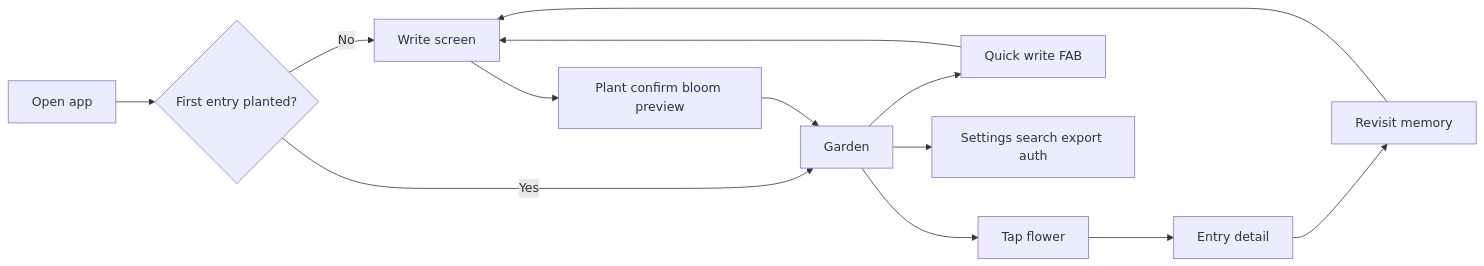
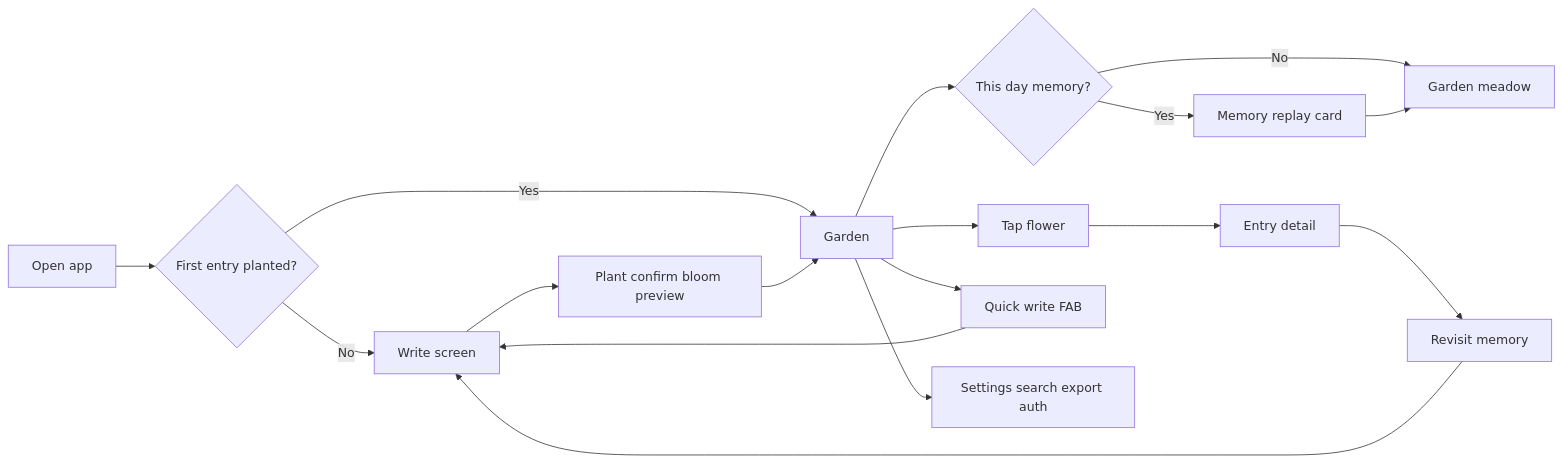
One commit to darrenfdes/bloom-journal-pwa changed the diagram in docs/product-spec.md. Above: the diagram before and after it, drawn with Mermaid. The commit also changed other lines of this file and 20 other files, not shown here.

First line of the commit message:
Add FlowerClusterPicker and MemoryReplayCard components; enhance GardenScene for memory replay functionality

````diff
--- a/docs/product-spec.md
+++ b/docs/product-spec.md
@@ -37,15 +37,19 @@
 ```mermaid
 flowchart LR
   open[Open app] --> first{First entry planted?}
   first -->|No| write[Write screen]
   first -->|Yes| garden[Garden]
+  garden --> memoryCard{This day memory?}
+  memoryCard -->|Yes| replay[Memory replay card]
+  memoryCard -->|No| pan[Garden meadow]
+  replay --> pan
   write --> plant[Plant confirm bloom preview]
   plant --> garden
   garden --> tap[Tap flower]
   tap --> detail[Entry detail]
   detail --> revisit[Revisit memory]
   revisit --> write
   garden --> quickWrite[Quick write FAB]
   quickWrite --> write
   garden --> settings[Settings search export auth]
 ```
````
